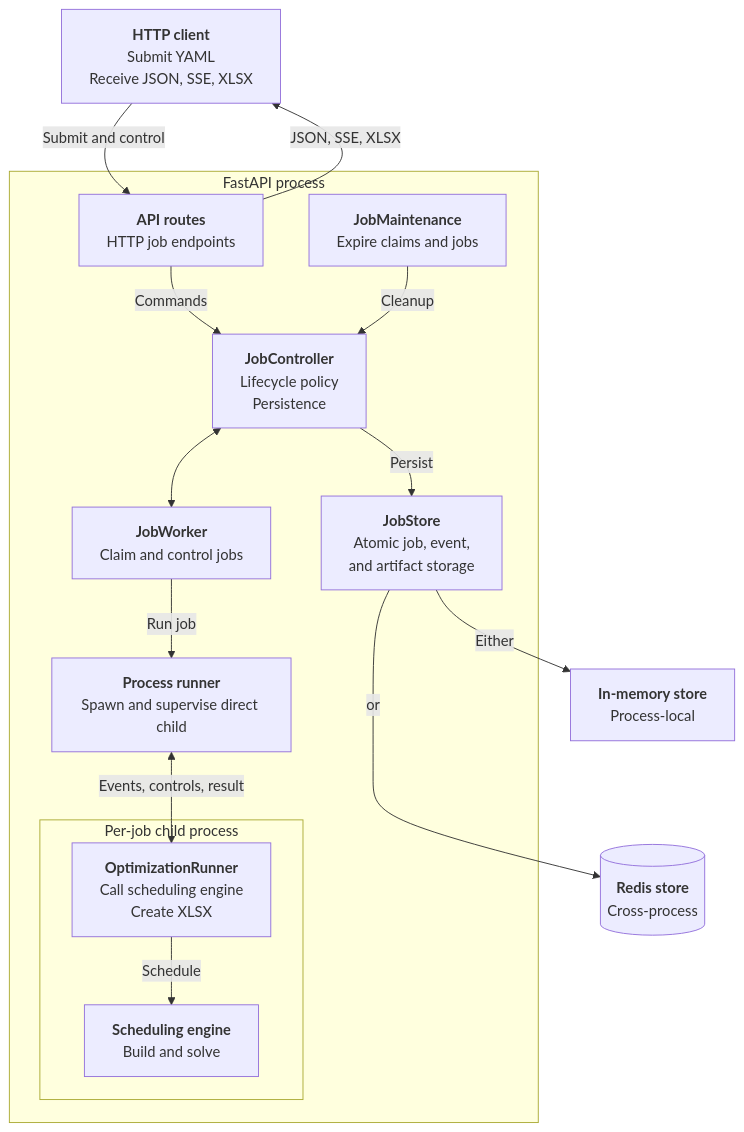
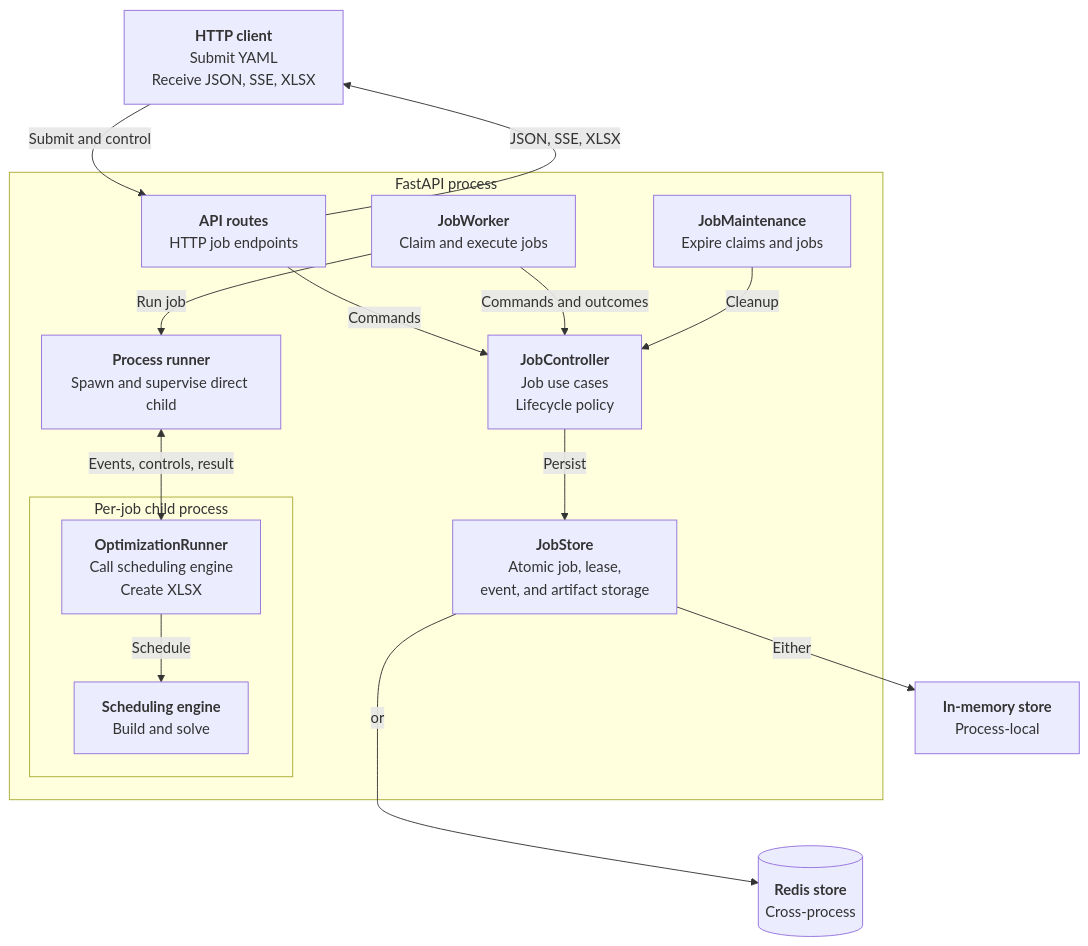
The first of 2 diagrams in docs/backend-server.md (j3soon/nurse-scheduling), drawn with Mermaid before and after one commit. The commit also changed other lines of this file and 11 other files, not shown here.

First line of the commit message:
fix: fence worker jobs and restore action column width

````diff
--- a/docs/backend-server.md
+++ b/docs/backend-server.md
@@ -36,34 +36,34 @@
 ```mermaid
 flowchart TB
     Client[<b>HTTP client</b><br/>Submit YAML<br/>Receive JSON, SSE, XLSX]
 
     subgraph Process[FastAPI process]
         API[<b>API routes</b><br/>HTTP job endpoints]
-        Controller[<b>JobController</b><br/>Lifecycle policy<br/>Persistence]
-        Worker[<b>JobWorker</b><br/>Claim and control jobs]
+        Controller[<b>JobController</b><br/>Job use cases<br/>Lifecycle policy]
+        Worker[<b>JobWorker</b><br/>Claim and execute jobs]
         Executor[<b>Process runner</b><br/>Spawn and supervise direct child]
-        Store[<b>JobStore</b><br/>Atomic job, event,<br/>and artifact storage]
+        Store[<b>JobStore</b><br/>Atomic job, lease,<br/>event, and artifact storage]
         Maintenance[<b>JobMaintenance</b><br/>Expire claims and jobs]
 
         subgraph Child[Per-job child process]
             Runner[<b>OptimizationRunner</b><br/>Call scheduling engine<br/>Create XLSX]
             Engine[<b>Scheduling engine</b><br/>Build and solve]
         end
     end
 
     Memory[<b>In-memory store</b><br/>Process-local]
     Redis[(<b>Redis store</b><br/>Cross-process)]
 
     Client -->|Submit and control| API
     API -->|JSON, SSE, XLSX| Client
     API -->|Commands| Controller
-    Controller <--> Worker
+    Worker -->|Commands and outcomes| Controller
     Worker -->|Run job| Executor
     Executor <-->|Events, controls, result| Runner
     Runner -->|Schedule| Engine
     Controller -->|Persist| Store
     Maintenance -->|Cleanup| Controller
     Store -->|Either| Memory
     Store -->|or| Redis
     Memory ~~~ Redis
 ```
````
